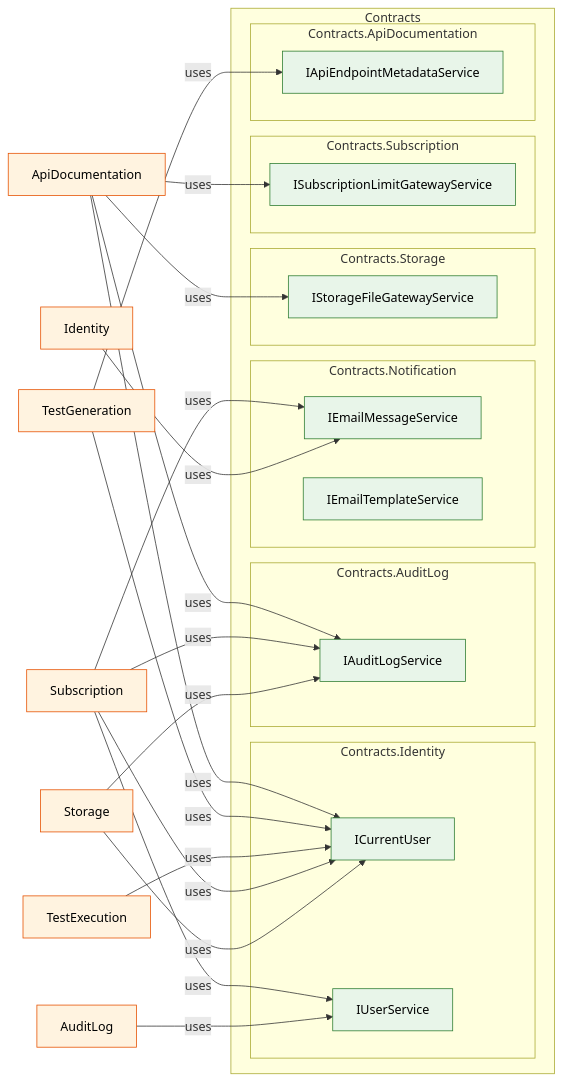
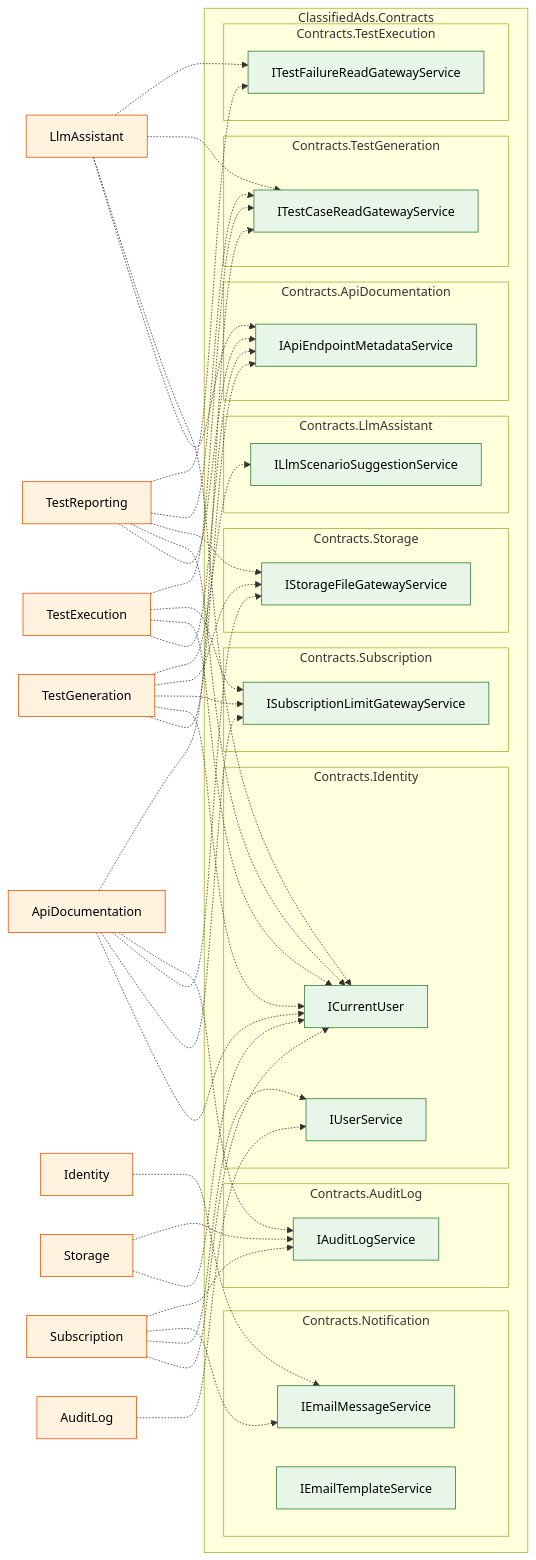
Before and after one commit to tinse-22/GSP26SE43.ModularMonolith: the seventh of 7 diagrams in docs/architecture/UML_PACKAGE_DIAGRAM_EVALUATION.md, drawn with Mermaid. The commit also changed other lines of this file and 1 other file, not shown here.

Commit message:
docs: redraw package diagrams in Mermaid

````diff
--- a/docs/architecture/UML_PACKAGE_DIAGRAM_EVALUATION.md
+++ b/docs/architecture/UML_PACKAGE_DIAGRAM_EVALUATION.md
@@ -1008,53 +696,78 @@
 ```mermaid
-graph LR
-    subgraph Contracts
-        subgraph "Contracts.Identity"
-            ICurrentUser
-            IUserService
+flowchart LR
+    subgraph Contracts["ClassifiedAds.Contracts"]
+        subgraph CIdentity["Contracts.Identity"]
+            ICurrentUser["ICurrentUser"]
+            IUserService["IUserService"]
         end
-        subgraph "Contracts.AuditLog"
-            IAuditLogService
+        subgraph CAuditLog["Contracts.AuditLog"]
+            IAuditLogService["IAuditLogService"]
         end
-        subgraph "Contracts.Notification"
-            IEmailMessageService
-            IEmailTemplateService
+        subgraph CNotification["Contracts.Notification"]
+            IEmailMessageService["IEmailMessageService"]
+            IEmailTemplateService["IEmailTemplateService"]
         end
-        subgraph "Contracts.Storage"
-            IStorageFileGatewayService
+        subgraph CStorage["Contracts.Storage"]
+            IStorageFileGatewayService["IStorageFileGatewayService"]
         end
-        subgraph "Contracts.Subscription"
-            ISubscriptionLimitGatewayService
+        subgraph CSubscription["Contracts.Subscription"]
+            ISubscriptionLimitGatewayService["ISubscriptionLimitGatewayService"]
         end
-        subgraph "Contracts.ApiDocumentation"
-            IApiEndpointMetadataService
+        subgraph CApiDoc["Contracts.ApiDocumentation"]
+            IApiEndpointMetadataService["IApiEndpointMetadataService"]
+        end
+        subgraph CTestGen["Contracts.TestGeneration"]
+            ITestCaseReadGatewayService["ITestCaseReadGatewayService"]
+        end
+        subgraph CTestExec["Contracts.TestExecution"]
+            ITestFailureReadGatewayService["ITestFailureReadGatewayService"]
+        end
+        subgraph CLlm["Contracts.LlmAssistant"]
+            ILlmScenarioSuggestionService["ILlmScenarioSuggestionService"]
         end
     end
 
-    ApiDocumentation -->|uses| ICurrentUser
-    ApiDocumentation -->|uses| ISubscriptionLimitGatewayService
-    ApiDocumentation -->|uses| IStorageFileGatewayService
-    ApiDocumentation -->|uses| IAuditLogService
+    ApiDocumentation -.-> ICurrentUser
+    ApiDocumentation -.-> ISubscriptionLimitGatewayService
+    ApiDocumentation -.-> IStorageFileGatewayService
+    ApiDocumentation -.-> IAuditLogService
+    ApiDocumentation -.-> ITestCaseReadGatewayService
 
-    TestGeneration -->|uses| IApiEndpointMetadataService
-    TestGeneration -->|uses| ICurrentUser
+    TestGeneration -.-> IApiEndpointMetadataService
+    TestGeneration -.-> ICurrentUser
+    TestGeneration -.-> ISubscriptionLimitGatewayService
+    TestGeneration -.-> IStorageFileGatewayService
+    TestGeneration -.-> ILlmScenarioSuggestionService
 
-    TestExecution -->|uses| ICurrentUser
+    TestExecution -.-> IApiEndpointMetadataService
+    TestExecution -.-> ICurrentUser
+    TestExecution -.-> ISubscriptionLimitGatewayService
+    TestExecution -.-> ITestCaseReadGatewayService
 
-    Subscription -->|uses| ICurrentUser
-    Subscription -->|uses| IUserService
-    Subscription -->|uses| IEmailMessageService
-    Subscription -->|uses| IAuditLogService
+    TestReporting -.-> IApiEndpointMetadataService
+    TestReporting -.-> ICurrentUser
+    TestReporting -.-> IStorageFileGatewayService
+    TestReporting -.-> ITestCaseReadGatewayService
+    TestReporting -.-> ITestFailureReadGatewayService
 
-    Storage -->|uses| ICurrentUser
-    Storage -->|uses| IAuditLogService
+    LlmAssistant -.-> IApiEndpointMetadataService
+    LlmAssistant -.-> ICurrentUser
+    LlmAssistant -.-> ITestCaseReadGatewayService
+    LlmAssistant -.-> ITestFailureReadGatewayService
 
-    Identity -->|uses| IEmailMessageService
+    Subscription -.-> ICurrentUser
+    Subscription -.-> IUserService
+    Subscription -.-> IEmailMessageService
+    Subscription -.-> IAuditLogService
 
-    AuditLog -->|uses| IUserService
+    Storage -.-> ICurrentUser
+    Storage -.-> IAuditLogService
+    Identity -.-> IEmailMessageService
+    AuditLog -.-> IUserService
 
     classDef contract fill:#E8F5E9,stroke:#2E7D32,color:#000
     classDef module fill:#FFF3E0,stroke:#E65100,color:#000
 
-    class ICurrentUser,IUserService,IAuditLogService,IEmailMessageService,IEmailTemplateService,IStorageFileGatewayService,ISubscriptionLimitGatewayService,IApiEndpointMetadataService contract
-    class ApiDocumentation,TestGeneration,TestExecution,Subscription,Storage,Identity,AuditLog module
+    class ICurrentUser,IUserService,IAuditLogService,IEmailMessageService,IEmailTemplateService,IStorageFileGatewayService,ISubscriptionLimitGatewayService,IApiEndpointMetadataService,ITestCaseReadGatewayService,ITestFailureReadGatewayService,ILlmScenarioSuggestionService contract
+    class ApiDocumentation,TestGeneration,TestExecution,TestReporting,LlmAssistant,Subscription,Storage,Identity,AuditLog module
 ```
````
